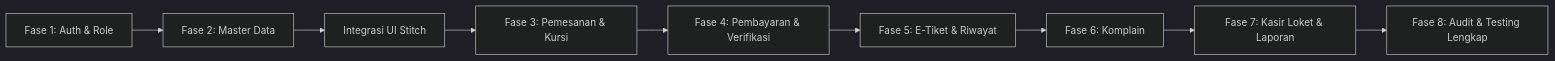
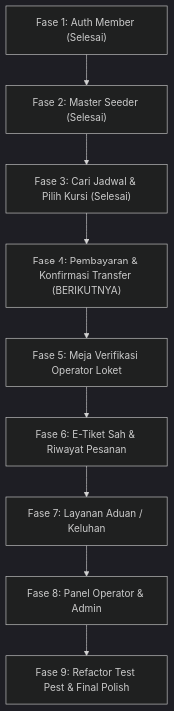
Before and after one commit to madsobirin/ticket_go: the diagram in roadmap.md, drawn with Mermaid (dark theme). The commit also changed other lines of this file, not shown here.

Commit message:
roadmap v2

````diff
--- a/roadmap.md
+++ b/roadmap.md
@@ -26,11 +40,11 @@
 ```mermaid
-flowchart LR
-    F1[Fase 1: Auth & Role] --> F2[Fase 2: Master Data]
-    F2 --> UI[Integrasi UI Stitch]
-    UI --> F3[Fase 3: Pemesanan & Kursi]
-    F3 --> F4[Fase 4: Pembayaran & Verifikasi]
-    F4 --> F5[Fase 5: E-Tiket & Riwayat]
-    F5 --> F6[Fase 6: Komplain]
-    F6 --> F7[Fase 7: Kasir Loket & Laporan]
-    F7 --> F8[Fase 8: Audit & Testing Lengkap]
+flowchart TD
+    A["Fase 1: Auth Member (Selesai)"] --> B["Fase 2: Master Seeder (Selesai)"]
+    B --> C["Fase 3: Cari Jadwal & Pilih Kursi (Selesai)"]
+    C --> D["Fase 4: Pembayaran & Konfirmasi Transfer (BERIKUTNYA)"]
+    D --> E["Fase 5: Meja Verifikasi Operator Loket"]
+    E --> F["Fase 6: E-Tiket Sah & Riwayat Pesanan"]
+    F --> G["Fase 7: Layanan Aduan / Keluhan"]
+    G --> H["Fase 8: Panel Operator & Admin"]
+    H --> I["Fase 9: Refactor Test Pest & Final Polish"]
 ```
````
